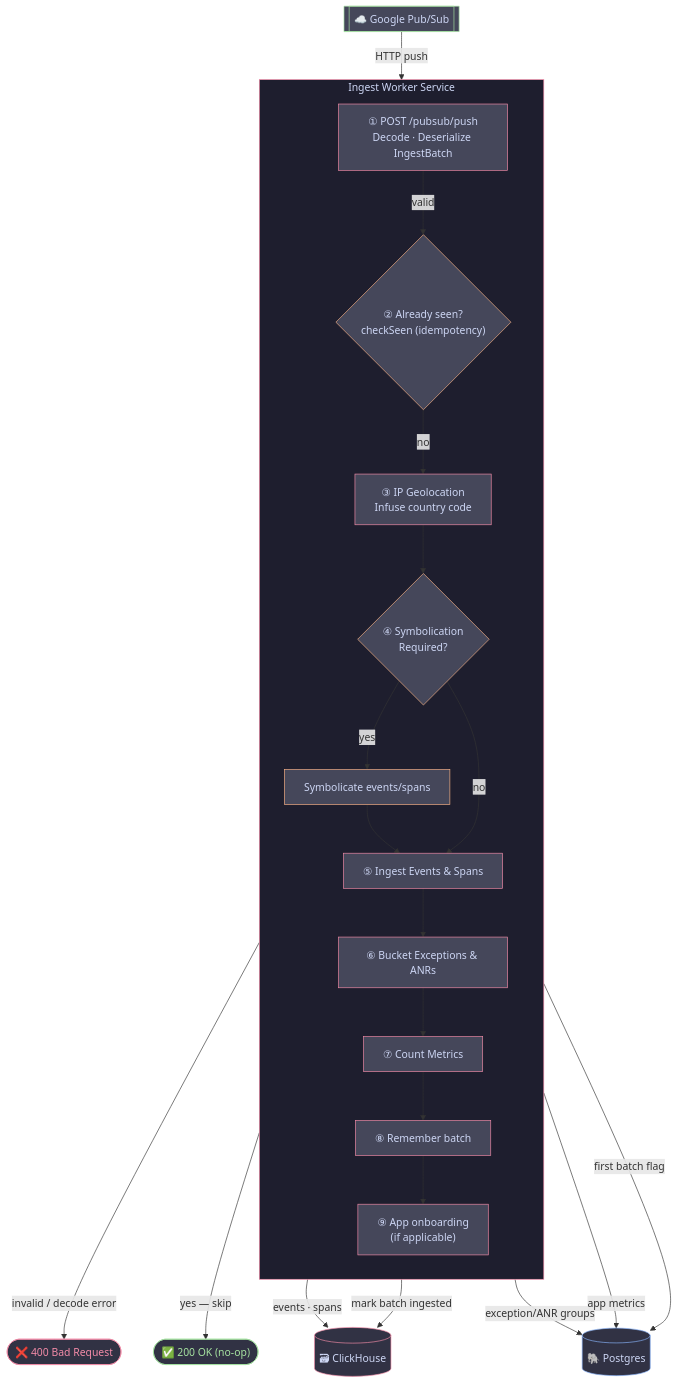
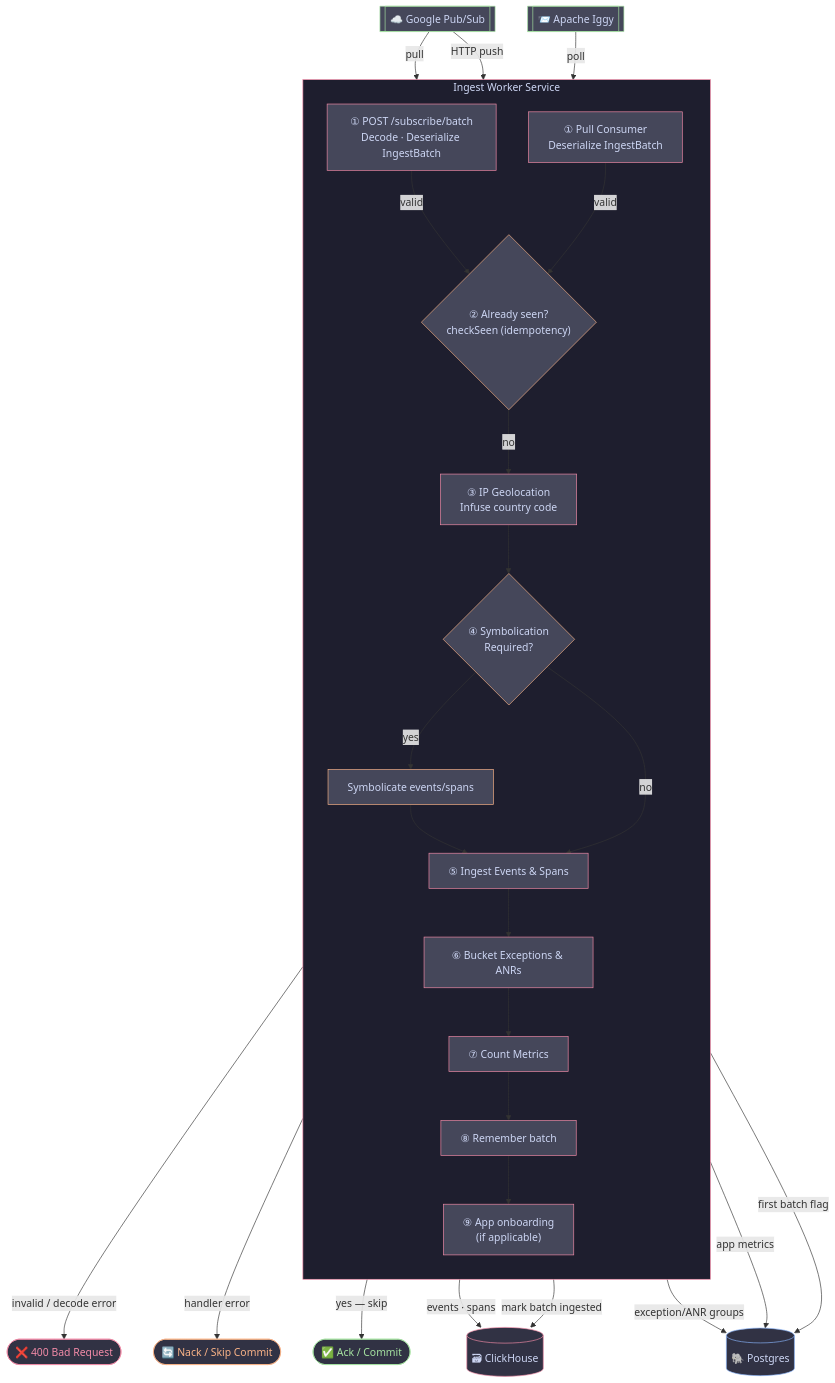
One commit to measure-sh/measure changed the diagram in backend/ingest-worker/README.md. Above: the diagram before and after it, drawn with Mermaid. The commit also changed other lines of this file and 7 other files, not shown here.

````diff
--- a/backend/ingest-worker/README.md
+++ b/backend/ingest-worker/README.md
@@ -7,57 +12,66 @@
 ```mermaid
 flowchart TD
     PS[["☁️ Google Pub/Sub"]]
+    IG[["📨 Apache Iggy"]]
 
     subgraph WORKER["Ingest Worker Service"]
         direction TB
-        PUSH["① POST /pubsub/push<br/>Decode · Deserialize IngestBatch"]
+        PULL["① Pull Consumer<br/>Deserialize IngestBatch"]
+        PUSH["① POST /subscribe/batch<br/>Decode · Deserialize IngestBatch"]
         SEEN{"② Already seen?<br/>checkSeen (idempotency)"}
         GEO["③ IP Geolocation<br/>Infuse country code"]
         SYM{"④ Symbolication<br/>Required?"}
         SYM_DO["Symbolicate events/spans"]
         INGEST["⑤ Ingest Events & Spans"]
         BUCKET["⑥ Bucket Exceptions & ANRs"]
         METRICS["⑦ Count Metrics"]
         REMEMBER["⑧ Remember batch"]
         ONBOARD["⑨ App onboarding<br/>(if applicable)"]
     end
 
     CH[("🗃 ClickHouse")]
     PG[("🐘 Postgres")]
 
+    PS -->|"pull"| PULL
     PS -->|"HTTP push"| PUSH
+    IG -->|"poll"| PULL
     PUSH -->|"invalid / decode error"| ERR(["❌ 400 Bad Request"])
     PUSH -->|"valid"| SEEN
-    SEEN -->|"yes — skip"| ACK(["✅ 200 OK (no-op)"])
+    PULL -->|"handler error"| NACK(["🔄 Nack / Skip Commit"])
+    PULL -->|"valid"| SEEN
+    SEEN -->|"yes — skip"| ACK(["✅ Ack / Commit"])
     SEEN -->|"no"| GEO
     GEO --> SYM
     SYM -->|"yes"| SYM_DO
     SYM_DO --> INGEST
     SYM -->|"no"| INGEST
     INGEST -->|"events · spans"| CH
     INGEST --> BUCKET
     BUCKET -->|"exception/ANR groups"| PG
     BUCKET --> METRICS
     METRICS -->|"app metrics"| PG
     METRICS --> REMEMBER
     REMEMBER -->|"mark batch ingested"| CH
     REMEMBER --> ONBOARD
     ONBOARD -->|"first batch flag"| PG
 
     style WORKER fill:#1e1e2e,stroke:#f38ba8,color:#cdd6f4
     style PS fill:#45475a,stroke:#a6e3a1,color:#cdd6f4
+    style IG fill:#45475a,stroke:#a6e3a1,color:#cdd6f4
+    style PULL fill:#45475a,stroke:#f38ba8,color:#cdd6f4
     style PUSH fill:#45475a,stroke:#f38ba8,color:#cdd6f4
     style SEEN fill:#45475a,stroke:#fab387,color:#cdd6f4
     style GEO fill:#45475a,stroke:#f38ba8,color:#cdd6f4
     style SYM fill:#45475a,stroke:#fab387,color:#cdd6f4
     style SYM_DO fill:#45475a,stroke:#fab387,color:#cdd6f4
     style INGEST fill:#45475a,stroke:#f38ba8,color:#cdd6f4
     style BUCKET fill:#45475a,stroke:#f38ba8,color:#cdd6f4
     style METRICS fill:#45475a,stroke:#f38ba8,color:#cdd6f4
     style REMEMBER fill:#45475a,stroke:#f38ba8,color:#cdd6f4
     style ONBOARD fill:#45475a,stroke:#f38ba8,color:#cdd6f4
     style CH fill:#313244,stroke:#f38ba8,color:#cdd6f4
     style PG fill:#313244,stroke:#89b4fa,color:#cdd6f4
     style ERR fill:#313244,stroke:#f38ba8,color:#f38ba8
     style ACK fill:#313244,stroke:#a6e3a1,color:#a6e3a1
+    style NACK fill:#313244,stroke:#fab387,color:#fab387
 ```
````
